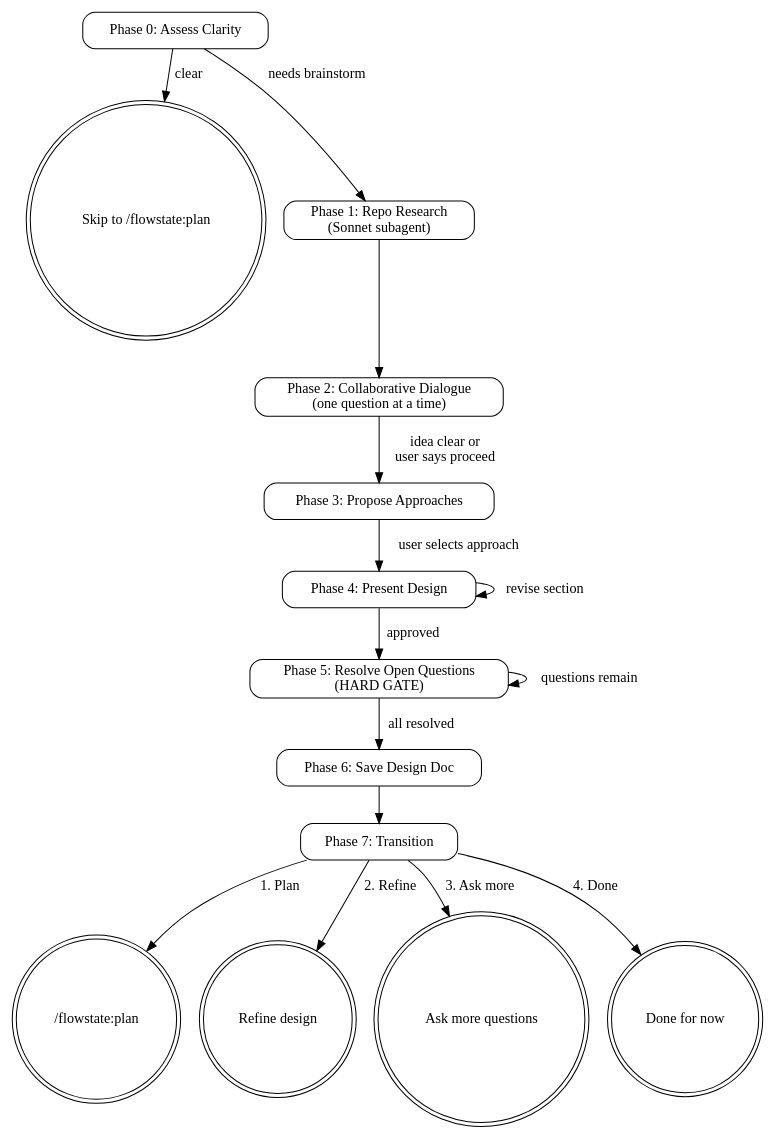
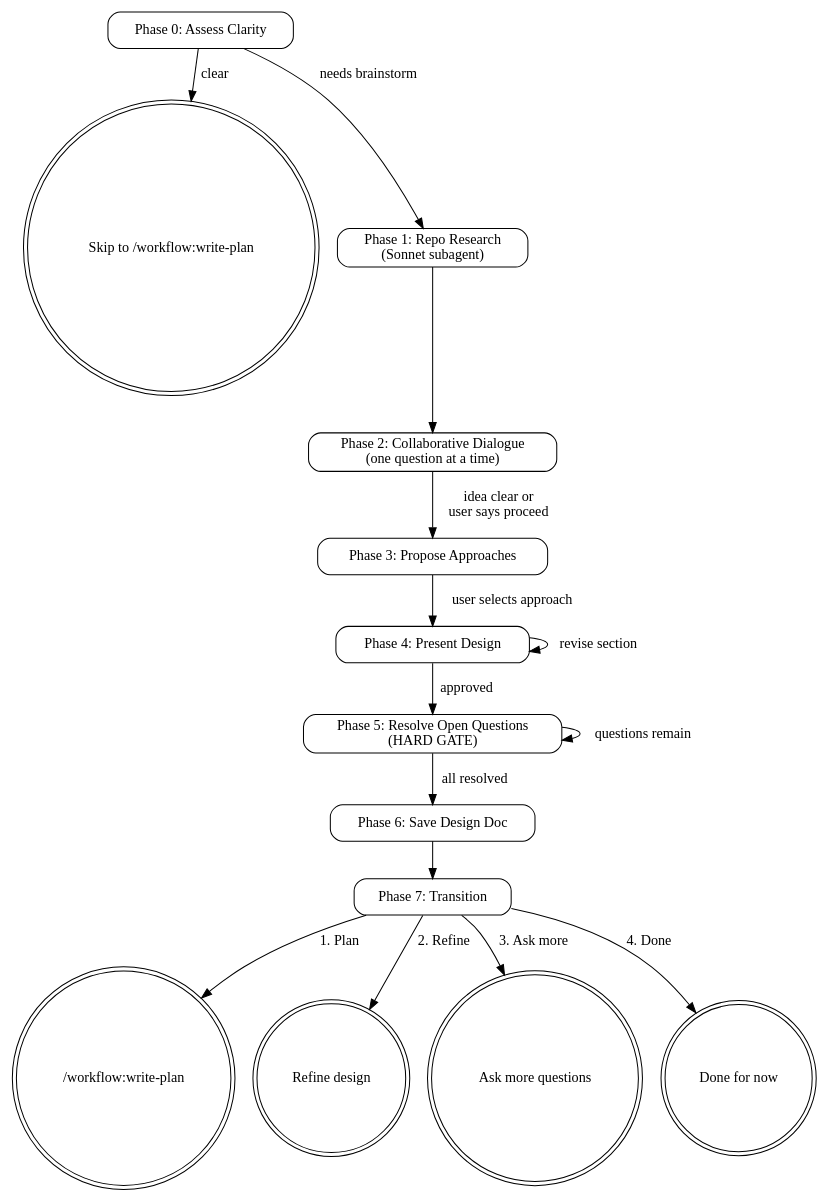
The diagram in skills/brainstorming/SKILL.md (c-reichert/flowstate), drawn with Graphviz before and after one commit. The commit also changed other lines of this file and 21 other files, not shown here.

````diff
--- a/skills/brainstorming/SKILL.md
+++ b/skills/brainstorming/SKILL.md
@@ -43,37 +43,37 @@
 ```dot
 digraph brainstorming {
     rankdir=TB;
     node [shape=box, style=rounded];
 
     assess [label="Phase 0: Assess Clarity"];
-    skip [label="Skip to /flowstate:plan" shape=doublecircle];
+    skip [label="Skip to /workflow:write-plan" shape=doublecircle];
     research [label="Phase 1: Repo Research\n(Sonnet subagent)"];
     dialogue [label="Phase 2: Collaborative Dialogue\n(one question at a time)"];
     approaches [label="Phase 3: Propose Approaches"];
     design [label="Phase 4: Present Design"];
     resolve [label="Phase 5: Resolve Open Questions\n(HARD GATE)"];
     save [label="Phase 6: Save Design Doc"];
     transition [label="Phase 7: Transition"];
 
-    plan [label="/flowstate:plan" shape=doublecircle];
+    plan [label="/workflow:write-plan" shape=doublecircle];
     refine [label="Refine design" shape=doublecircle];
     more [label="Ask more questions" shape=doublecircle];
     done [label="Done for now" shape=doublecircle];
 
     assess -> skip [label="clear"];
     assess -> research [label="needs brainstorm"];
     research -> dialogue;
     dialogue -> approaches [label="idea clear or\nuser says proceed"];
     approaches -> design [label="user selects approach"];
     design -> design [label="revise section"];
     design -> resolve [label="approved"];
     resolve -> resolve [label="questions remain"];
     resolve -> save [label="all resolved"];
     save -> transition;
 
     transition -> plan [label="1. Plan"];
     transition -> refine [label="2. Refine"];
     transition -> more [label="3. Ask more"];
     transition -> done [label="4. Done"];
 }
 ```
````
